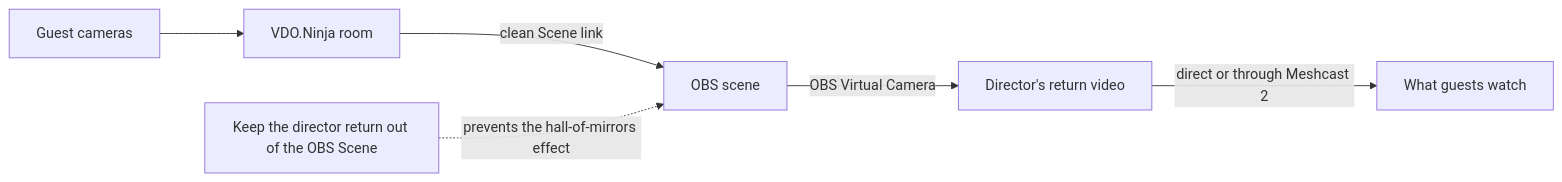
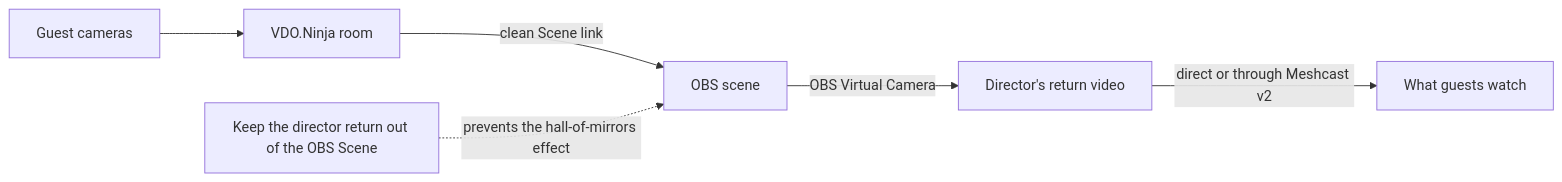
One commit to steveseguin/vdo.ninja changed the first of 2 diagrams in guides/let-guests-see-your-obs-scene.md. Above: the diagram before and after it, drawn with Mermaid. The commit also changed other lines of this file, not shown here.

Commit message:
docs: use Meshcast v2 naming

````diff
--- a/guides/let-guests-see-your-obs-scene.md
+++ b/guides/let-guests-see-your-obs-scene.md
@@ -13,8 +13,8 @@
 ```mermaid
 flowchart LR
     G1[Guest cameras] --> R[VDO.Ninja room]
     R -->|clean Scene link| O[OBS scene]
     O -->|OBS Virtual Camera| D[Director's return video]
-    D -->|direct or through Meshcast 2| G2[What guests watch]
+    D -->|direct or through Meshcast v2| G2[What guests watch]
     N[Keep the director return out of the OBS Scene] -. prevents the hall-of-mirrors effect .-> O
 ```
````
